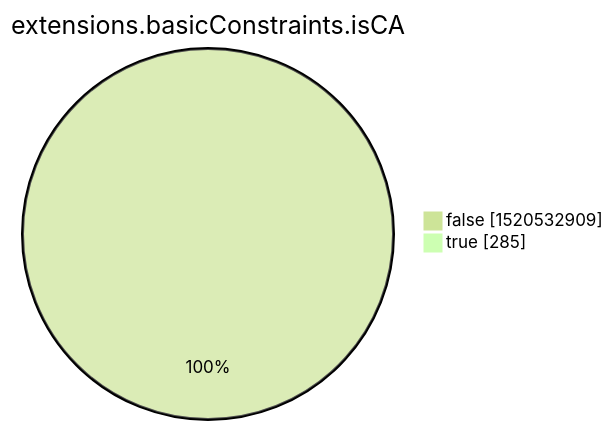
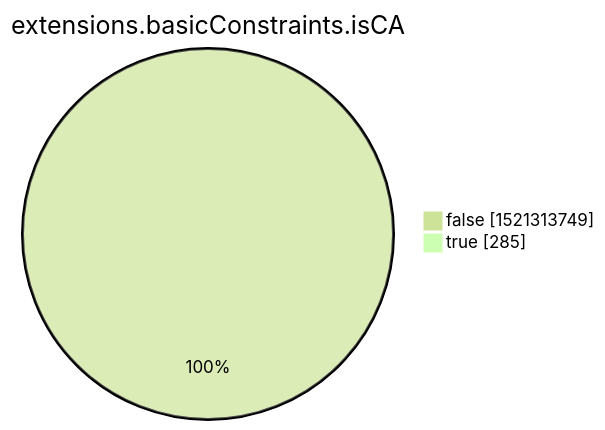
The eighth of 15 diagrams in xenon2022/README.md (christiankrug/ctmonitor_visualization), drawn with Mermaid (forest theme) before and after one commit. The commit also changed other lines of this file, not shown here.

````diff
--- a/xenon2022/README.md
+++ b/xenon2022/README.md
@@ -2855,6 +2855,6 @@
 ```mermaid
 pie showData
 title extensions.basicConstraints.isCA
-"false" :1520532909
+"false" :1521313749
 "true" :285
 ```
````
